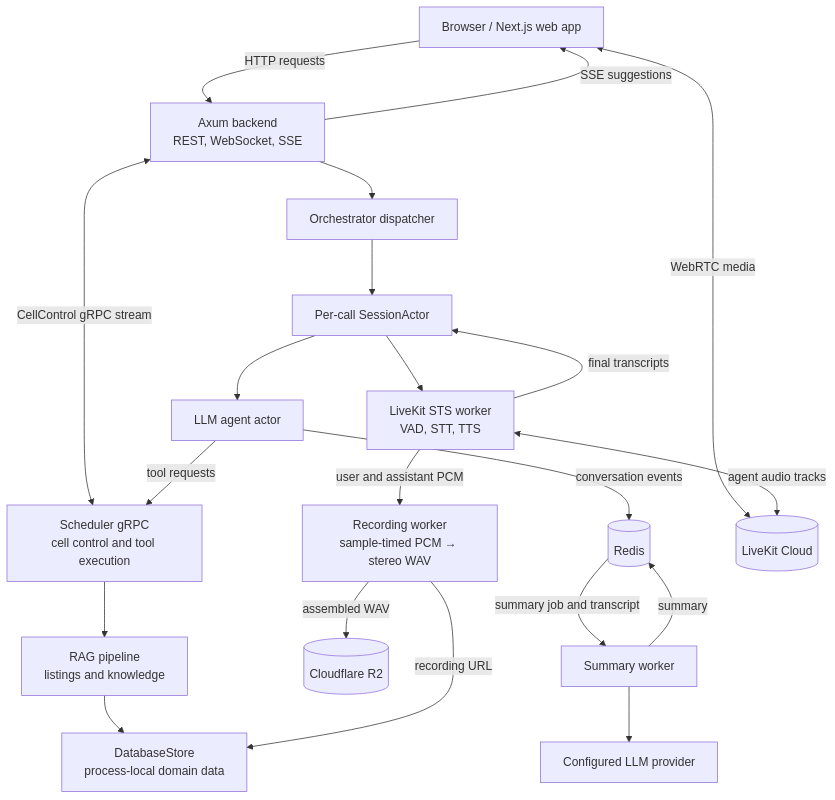
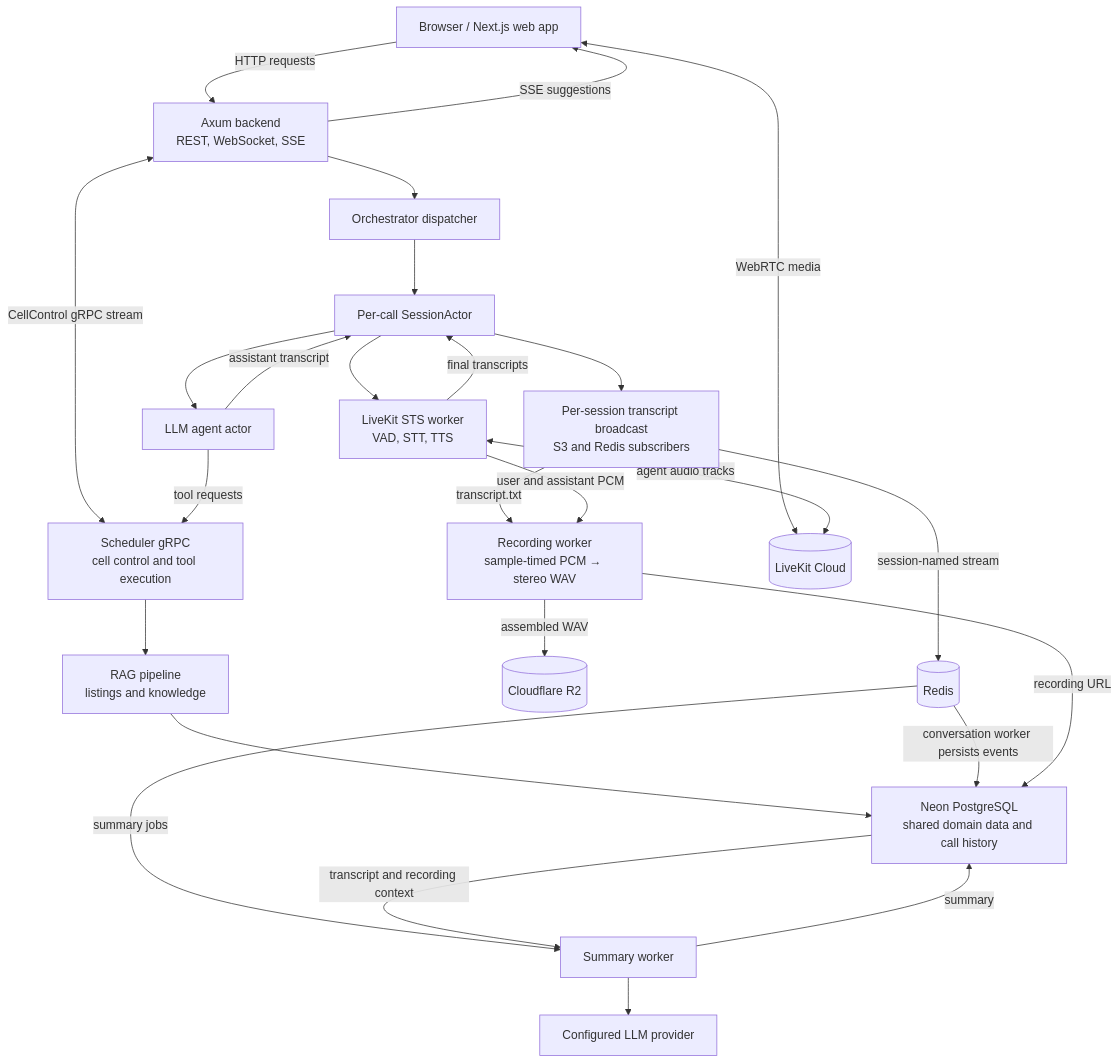
Before and after one commit to bhatvinay7/voice: the diagram in README.md, drawn with Mermaid. The commit also changed other lines of this file and 54 other files, not shown here.

Commit message:
Persist conversations through Redis and Neon

````diff
--- a/README.md
+++ b/README.md
@@ -7,37 +7,43 @@
 ```mermaid
 flowchart TB
     Browser[Browser / Next.js web app]
     Backend["Axum backend<br/>REST, WebSocket, SSE"]
     Dispatcher[Orchestrator dispatcher]
     Session[Per-call SessionActor]
     STS["LiveKit STS worker<br/>VAD, STT, TTS"]
     Agent[LLM agent actor]
     Scheduler["Scheduler gRPC<br/>cell control and tool execution"]
     RAG["RAG pipeline<br/>listings and knowledge"]
+    Fanout["Per-session transcript broadcast<br/>S3 and Redis subscribers"]
     Recording["Recording worker<br/>sample-timed PCM → stereo WAV"]
     R2[(Cloudflare R2)]
     Redis[(Redis)]
     Worker[Summary worker]
     LLM[Configured LLM provider]
-    Store["DatabaseStore<br/>process-local domain data"]
+    Store["Neon PostgreSQL<br/>shared domain data and call history"]
     LiveKit[(LiveKit Cloud)]
 
     Browser -->|HTTP requests| Backend
     Backend -->|SSE suggestions| Browser
     Browser <-->|WebRTC media| LiveKit
     Backend --> Dispatcher --> Session
     Backend <-->|CellControl gRPC stream| Scheduler
     Session --> STS
     Session --> Agent
     STS <-->|agent audio tracks| LiveKit
     STS -->|final transcripts| Session
+    Agent -->|assistant transcript| Session
+    Session --> Fanout
+    Fanout -->|transcript.txt| Recording
+    Fanout -->|session-named stream| Redis
     STS -->|user and assistant PCM| Recording
     Agent -->|tool requests| Scheduler
     Scheduler --> RAG --> Store
-    Agent -->|conversation events| Redis
+    Redis -->|conversation worker persists events| Store
     Recording -->|assembled WAV| R2
     Recording -->|recording URL| Store
-    Redis -->|summary job and transcript| Worker
+    Redis -->|summary jobs| Worker
+    Store -->|transcript and recording context| Worker
     Worker --> LLM
-    Worker -->|summary| Redis
+    Worker -->|summary| Store
 ```
````
